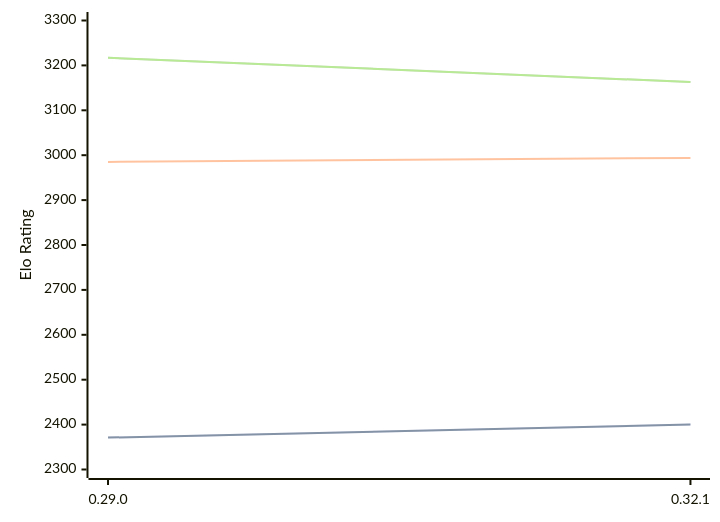
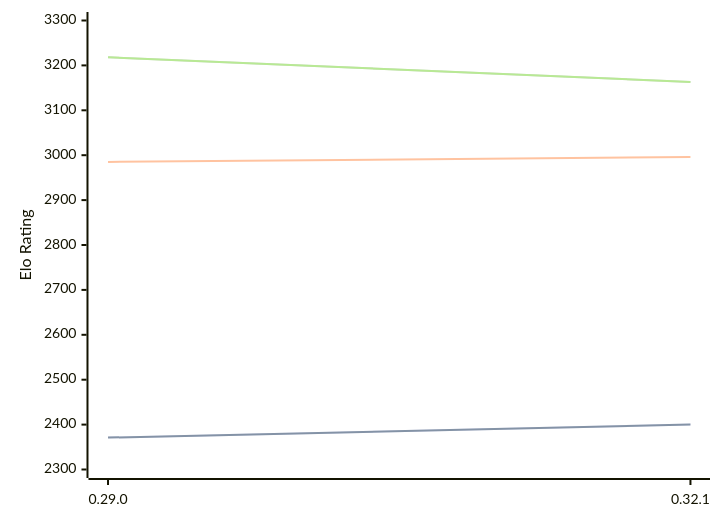
One commit to computer-chess-index/cci changed the first of 3 diagrams in engines/Lc0.md. Above: the diagram before and after it, drawn with Mermaid. The commit also changed other lines of this file, not shown here.

Commit message:
Update CCI Ratings (ELO VLTC) - 2026-07-11

````diff
--- a/engines/Lc0.md
+++ b/engines/Lc0.md
@@ -68,11 +68,11 @@
 ```mermaid
 %%{init: {"theme":"base","themeVariables":{"seriesColors:['#a3a3a3','#222221','#faa371']}}}%%
 xychart-beta
   x-axis ["0.29.0", "0.32.1"]
   y-axis "Elo Rating" 2300 --> 3300
   line "STC (8.0+0.08s)" [2371, 2400]
   line "STC (8.0+0.08s)" [2371, 2400]
-  line "LTC (60.0+0.60s)" [2985, 2994]
-  line "VLTC (2m24s+1.12s)" [3217, 3163]
-  line "VLTC (2m24s+1.12s)" [3217, 3163]
+  line "LTC (60.0+0.60s)" [2985, 2996]
+  line "VLTC (2m24s+1.12s)" [3218, 3163]
+  line "VLTC (2m24s+1.12s)" [3218, 3163]
 ```
````
